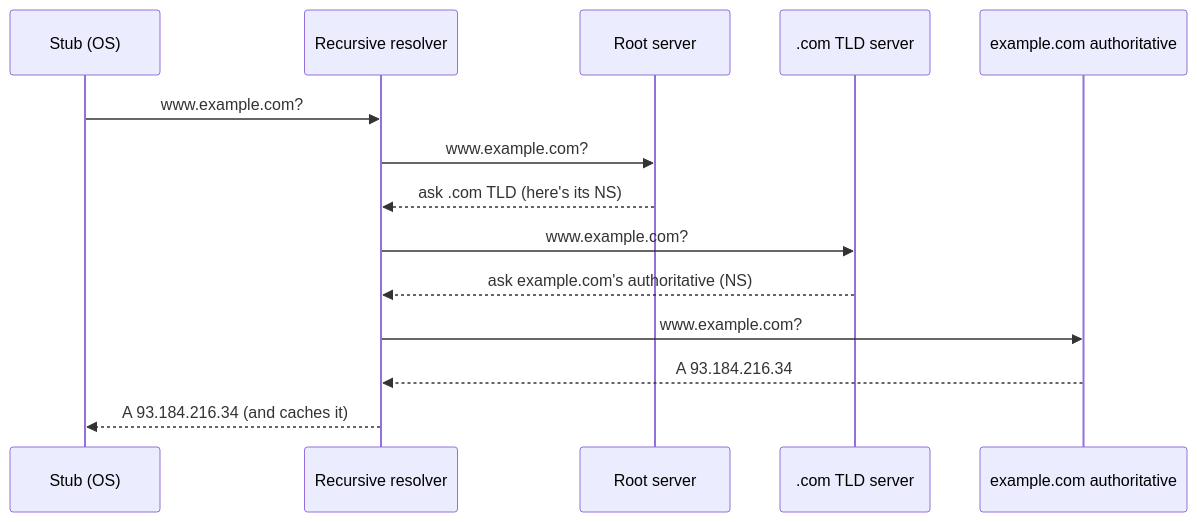
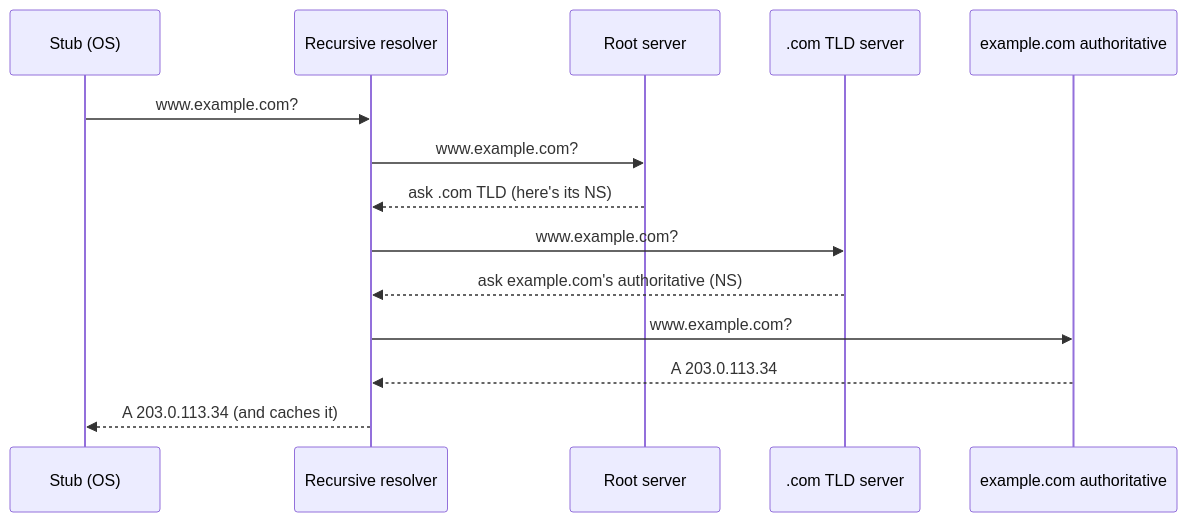
The first of 2 diagrams in content/L2-intermediate-backend/C03-networking-fundamentals/T04-dns-resolution-records.md (MR0100/java_book), drawn with Mermaid before and after one commit. The commit also changed other lines of this file and 320 other files, not shown here.

````diff
--- a/content/L2-intermediate-backend/C03-networking-fundamentals/T04-dns-resolution-records.md
+++ b/content/L2-intermediate-backend/C03-networking-fundamentals/T04-dns-resolution-records.md
@@ -38,16 +38,16 @@
 ```mermaid
 sequenceDiagram
   participant Stub as Stub (OS)
   participant Rec as Recursive resolver
   participant Root as Root server
   participant TLD as .com TLD server
   participant Auth as example.com authoritative
   Stub->>Rec: www.example.com?
   Rec->>Root: www.example.com?
   Root-->>Rec: ask .com TLD (here's its NS)
   Rec->>TLD: www.example.com?
   TLD-->>Rec: ask example.com's authoritative (NS)
   Rec->>Auth: www.example.com?
-  Auth-->>Rec: A 93.184.216.34
-  Rec-->>Stub: A 93.184.216.34 (and caches it)
+  Auth-->>Rec: A 203.0.113.34
+  Rec-->>Stub: A 203.0.113.34 (and caches it)
 ```
````
